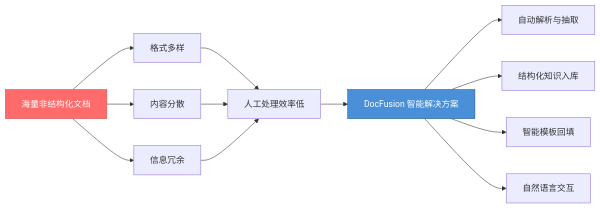
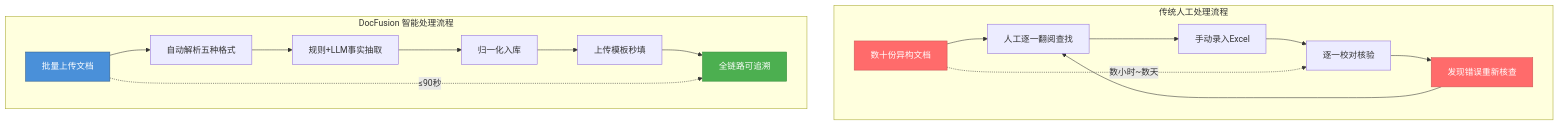
One commit to GGB0ND132/DocFusion-Copilot changed the first of 5 diagrams in 项目文档资料/项目详细方案.md. Above: the diagram before and after it, drawn with Mermaid. The commit also changed other lines of this file and 24 other files, not shown here.

````diff
--- a/项目文档资料/项目详细方案.md
+++ b/项目文档资料/项目详细方案.md
@@ -51,16 +71,26 @@
 ```mermaid
-graph LR
-    A[海量非结构化文档] --> B[格式多样]
-    A --> C[内容分散]
-    A --> D[信息冗余]
-    B --> E[人工处理效率低]
-    C --> E
-    D --> E
-    E --> F[DocFusion 智能解决方案]
-    F --> G[自动解析与抽取]
-    F --> H[结构化知识入库]
-    F --> I[智能模板回填]
-    F --> J[自然语言交互]
-    style F fill:#4A90D9,stroke:#2E5A8A,color:#fff
-    style A fill:#FF6B6B,stroke:#CC5555,color:#fff
+graph TB
+    subgraph "传统人工处理流程"
+        A1[数十份异构文档] --> A2[人工逐一翻阅查找]
+        A2 --> A3[手动录入Excel]
+        A3 --> A4[逐一校对核验]
+        A4 --> A5[发现错误重新核查]
+        A5 --> A2
+    end
+
+    subgraph "DocFusion 智能处理流程"
+        B1[批量上传文档] --> B2[自动解析五种格式]
+        B2 --> B3[规则+LLM事实抽取]
+        B3 --> B4[归一化入库]
+        B4 --> B5[上传模板秒填]
+        B5 --> B6[全链路可追溯]
+    end
+
+    A1 -.->|数小时~数天| A4
+    B1 -.->|≤90秒| B6
+
+    style A1 fill:#FF6B6B,stroke:#CC5555,color:#fff
+    style A5 fill:#FF6B6B,stroke:#CC5555,color:#fff
+    style B1 fill:#4A90D9,stroke:#2E5A8A,color:#fff
+    style B6 fill:#4CAF50,stroke:#388E3C,color:#fff
 ```
````
